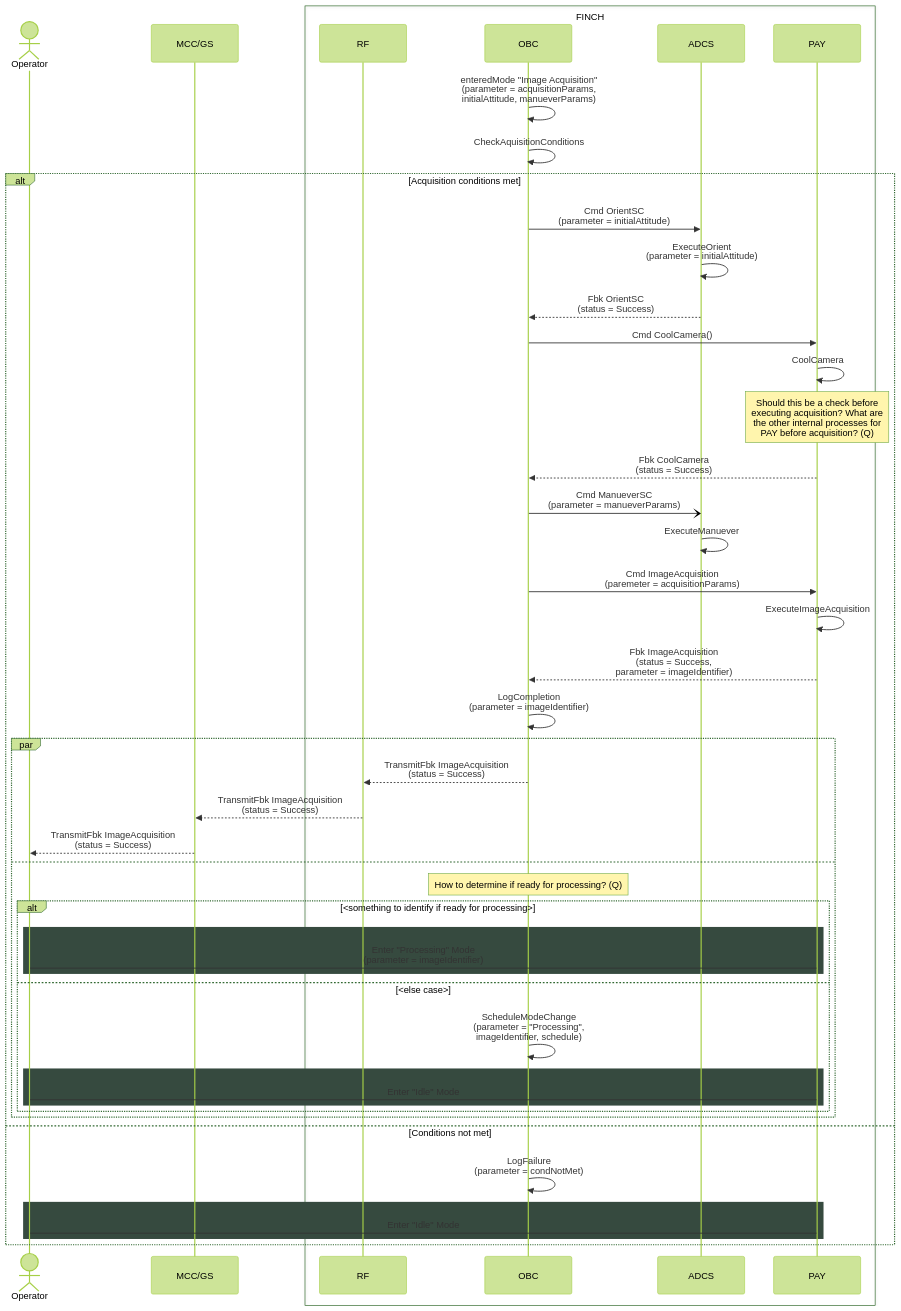
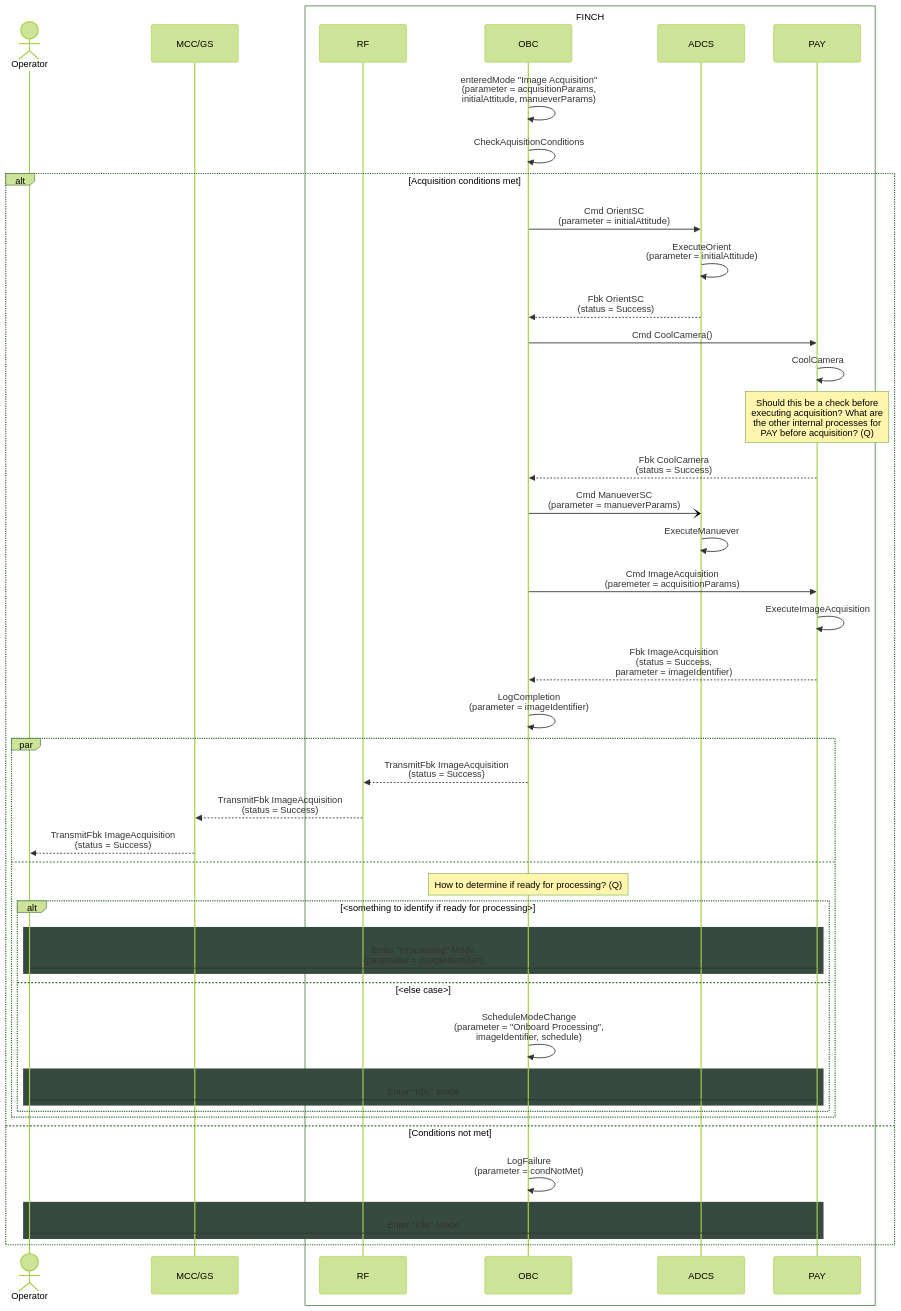
Before and after one commit to Addy-lit/FINCH-system-architecture: the diagram in command sequences/acquisition-command.md, drawn with Mermaid (forest theme).

````diff
--- a/command sequences/acquisition-command.md
+++ b/command sequences/acquisition-command.md
@@ -2,56 +2,56 @@
 ```mermaid
 sequenceDiagram
     Actor Operator
     participant MCC/GS
     box FINCH
         participant RF
         participant OBC
         participant ADCS
         participant PAY
     end
 
     OBC ->> OBC: enteredMode "Image Acquisition" <br> (parameter = acquisitionParams, <br> initialAttitude, manueverParams)
     OBC ->> OBC: CheckAquisitionConditions
 
     alt Acquisition conditions met
         OBC ->> ADCS: Cmd OrientSC <br> (parameter = initialAttitude)
         ADCS ->> ADCS: ExecuteOrient <br> (parameter = initialAttitude)
         ADCS -->> OBC: Fbk OrientSC <br> (status = Success)
         OBC ->> PAY: Cmd CoolCamera()
         PAY ->> PAY: CoolCamera
         note over PAY: Should this be a check before <br> executing acquisition? What are <br> the other internal processes for <br> PAY before acquisition? (Q)
         PAY -->> OBC: Fbk CoolCamera <br> (status = Success)
 
         OBC -) ADCS: Cmd ManueverSC <br> (parameter = manueverParams)
         ADCS ->> ADCS: ExecuteManuever
         OBC ->> PAY: Cmd ImageAcquisition <br> (paremeter = acquisitionParams)
         PAY ->> PAY: ExecuteImageAcquisition
         PAY -->> OBC: Fbk ImageAcquisition <br> (status = Success, <br> parameter = imageIdentifier)
         OBC ->> OBC: LogCompletion <br> (parameter = imageIdentifier)
 
         par
             OBC -->> RF: TransmitFbk ImageAcquisition <br> (status = Success)
             RF -->> MCC/GS: TransmitFbk ImageAcquisition <br> (status = Success)
             MCC/GS -->> Operator: TransmitFbk ImageAcquisition <br> (status = Success)
         and
             note over OBC: How to determine if ready for processing? (Q)
             alt <something to identify if ready for processing>
                 rect rgb(54,74,63)
                     Operator -> PAY: Enter "Processing" Mode <br> (parameter = imageIdentifier)
                 end
             else <else case>
-                OBC ->> OBC: ScheduleModeChange <br> (parameter = "Processing", <br> imageIdentifier, schedule)
+                OBC ->> OBC: ScheduleModeChange <br> (parameter = "Onboard Processing", <br> imageIdentifier, schedule)
                 rect rgb(54,74,63)
                     Operator -> PAY: Enter "Idle" Mode
                 end
             end
         end
 
     else Conditions not met
         OBC ->> OBC: LogFailure <br> (parameter = condNotMet)
         rect rgb(54,74,63)
 	        Operator -> PAY: Enter "Idle" Mode
         end
     end
 
 ```
````
